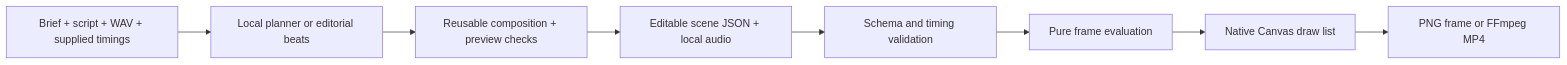
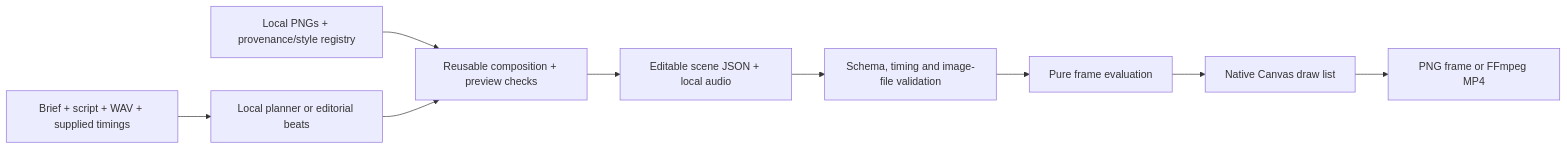
The diagram in README.md (Tejaa11/rachana-engine-2d), drawn with Mermaid before and after one commit. The commit also changed other lines of this file and 66 other files, not shown here.

Commit message:
Add reusable PNG asset registry and image-backed productions (#4)

````diff
--- a/README.md
+++ b/README.md
@@ -87,10 +96,11 @@
 ```mermaid
 flowchart LR
     P[Brief + script + WAV + supplied timings] --> Q[Local planner or editorial beats]
-    Q --> R[Reusable composition + preview checks]
+    I[Local PNGs + provenance/style registry] --> R[Reusable composition + preview checks]
+    Q --> R
     R --> A[Editable scene JSON + local audio]
-    A --> B[Schema and timing validation]
+    A --> B[Schema, timing and image-file validation]
     B --> C[Pure frame evaluation]
     C --> D[Native Canvas draw list]
     D --> E[PNG frame or FFmpeg MP4]
 ```
````
